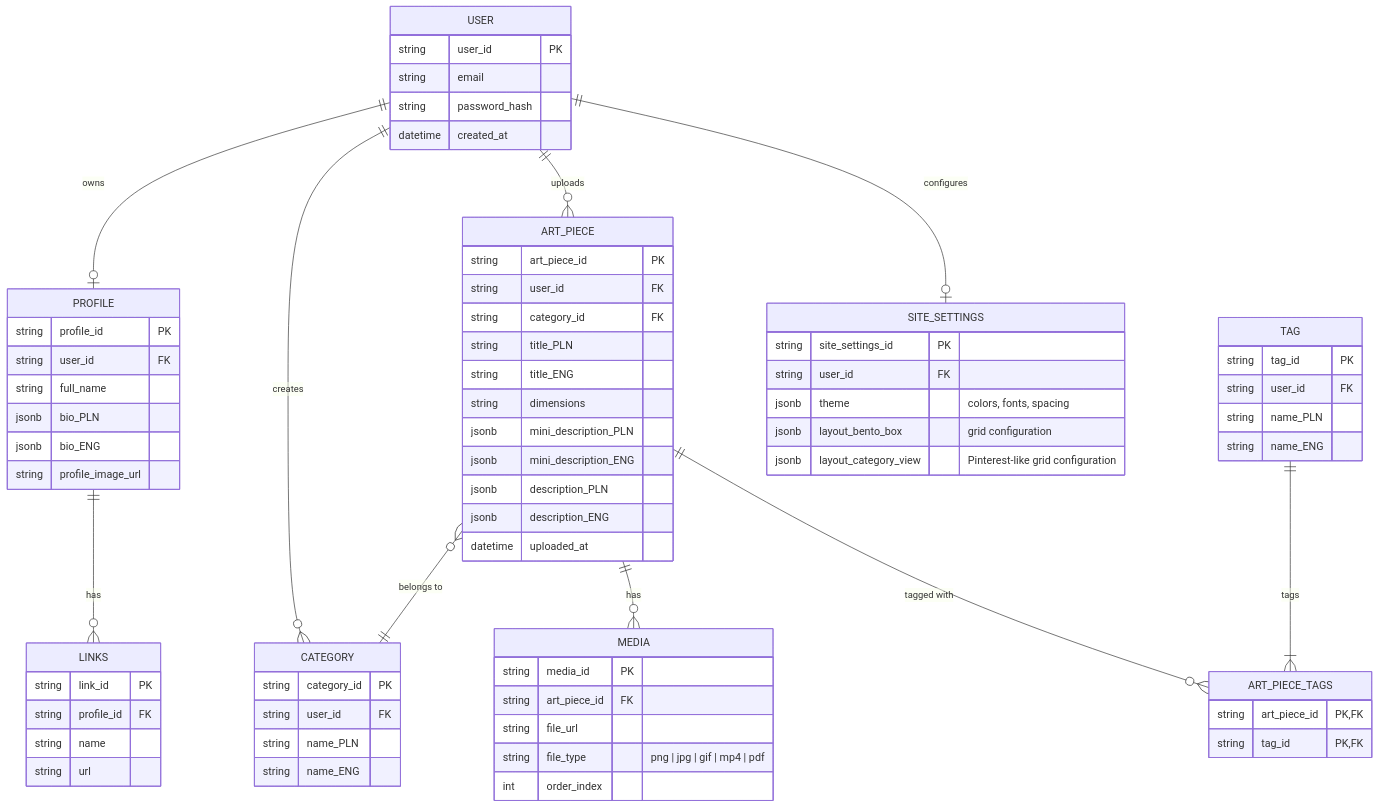
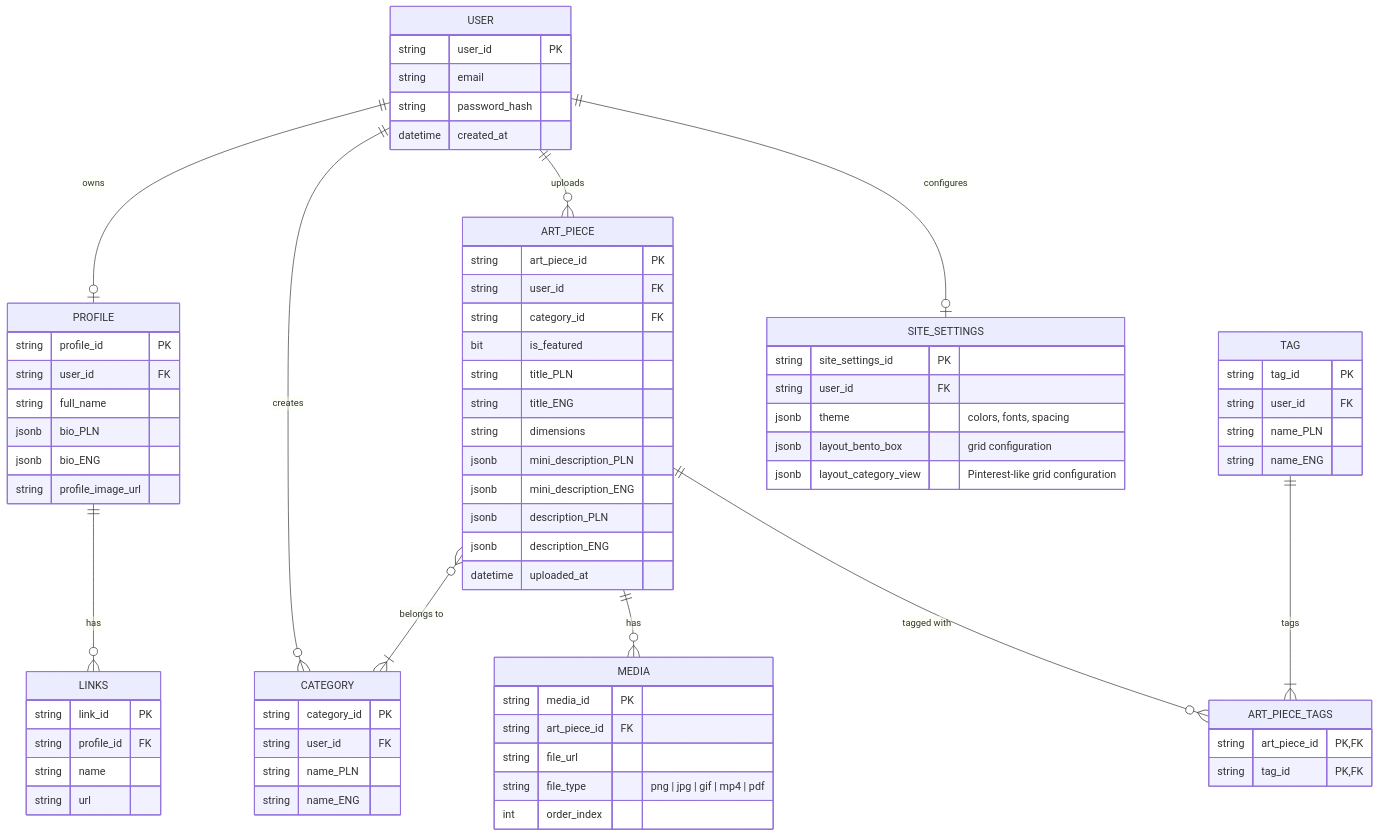
The diagram in general/md/database_project.md (artsea-project/notes), drawn with Mermaid before and after one commit.

Commit message:
Add changes from meeting

```diff
--- a/general/md/database_project.md
+++ b/general/md/database_project.md
@@ -37,6 +37,7 @@
         string art_piece_id PK
         string user_id FK
         string category_id FK
+        bit is_featured
         string title_PLN
         string title_ENG
         string dimensions
@@ -78,7 +79,7 @@
     USER ||--o| PROFILE : "owns"
     USER ||--o{ CATEGORY : "creates"
     USER ||--o{ ART_PIECE : "uploads"
-    ART_PIECE }o--|| CATEGORY : "belongs to"
+    ART_PIECE }o--|{ CATEGORY : "belongs to"
     ART_PIECE ||--o{ MEDIA : "has"
     ART_PIECE ||--o{ ART_PIECE_TAGS : "tagged with"
     TAG ||--|{ ART_PIECE_TAGS : "tags"
```
